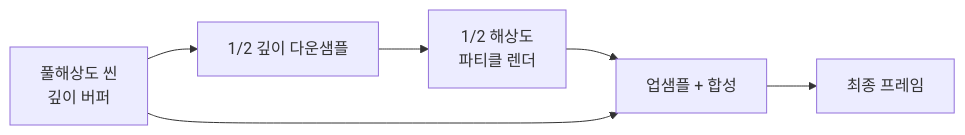
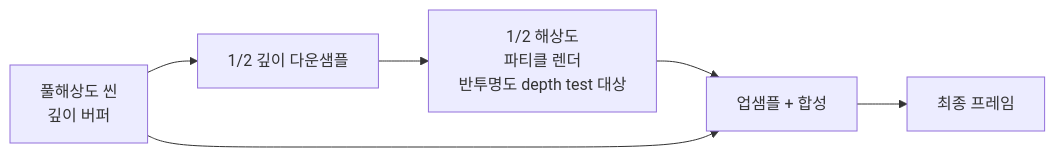
Before and after one commit to Rein-ArXiv/game-dev-curriculum: the third of 3 diagrams in engine/part03_vfx.md, drawn with Mermaid. The commit also changed other lines of this file and 279 other files, not shown here.

````diff
--- a/engine/part03_vfx.md
+++ b/engine/part03_vfx.md
@@ -355,8 +365,8 @@
 ```mermaid
 flowchart LR
     Scene[풀해상도 씬<br/>깊이 버퍼] --> DownDepth[1/2 깊이 다운샘플]
-    DownDepth --> LowParticle[1/2 해상도<br/>파티클 렌더]
+    DownDepth --> LowParticle[1/2 해상도<br/>파티클 렌더<br/>반투명도 depth test 대상]
     LowParticle --> Upsample[업샘플 + 합성]
     Scene --> Upsample
     Upsample --> Final[최종 프레임]
 ```
````
